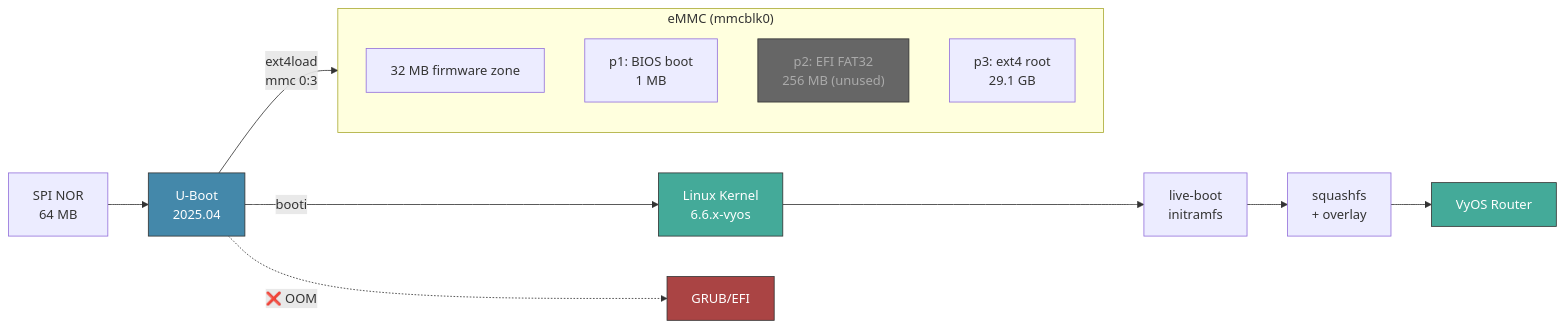
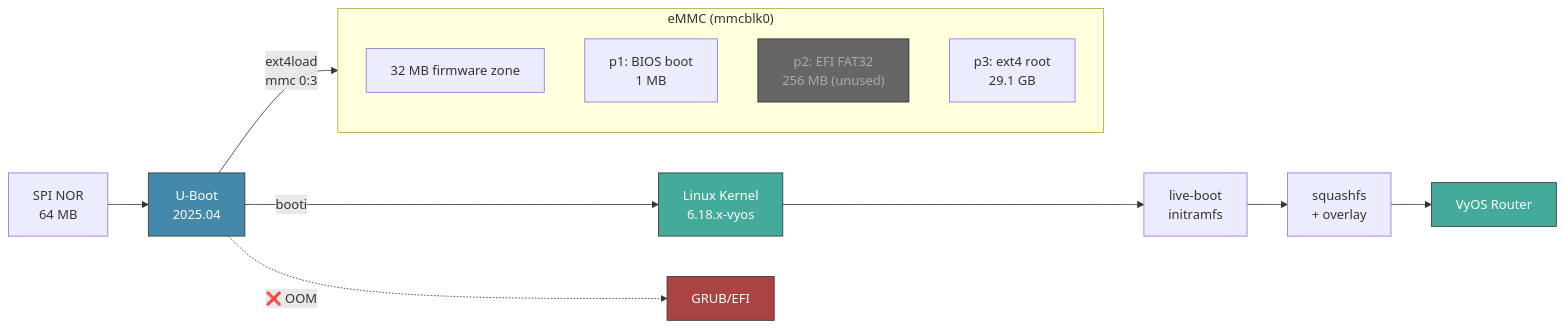
The second of 3 diagrams in README.md (Daegara/vyos-ls1046a-build), drawn with Mermaid before and after one commit. The commit also changed other lines of this file and 3 other files, not shown here.

````diff
--- a/README.md
+++ b/README.md
@@ -115,25 +115,25 @@
 ```mermaid
 flowchart LR
   NOR["SPI NOR\n64 MB"] --> UB["U-Boot\n2025.04"]
-  UB -->|"booti"| K["Linux Kernel\n6.6.x-vyos"]
+  UB -->|"booti"| K["Linux Kernel\n6.18.x-vyos"]
   UB -.->|"❌ OOM"| EFI["GRUB/EFI"]
   K --> LB["live-boot\ninitramfs"]
   LB --> SQ["squashfs\n+ overlay"]
   SQ --> VYOS["VyOS Router"]
 
   subgraph eMMC ["eMMC (mmcblk0)"]
     direction TB
     FW["32 MB firmware zone"]
     P1["p1: BIOS boot\n1 MB"]
     P2["p2: EFI FAT32\n256 MB (unused)"]
     P3["p3: ext4 root\n29.1 GB"]
   end
 
   UB -->|"ext4load\nmmc 0:3"| P3
 
   style EFI fill:#a44,stroke:#333,color:#fff
   style UB fill:#48a,stroke:#333,color:#fff
   style K fill:#4a9,stroke:#333,color:#fff
   style VYOS fill:#4a9,stroke:#333,color:#fff
   style P2 fill:#666,stroke:#333,color:#aaa
 ```
````
